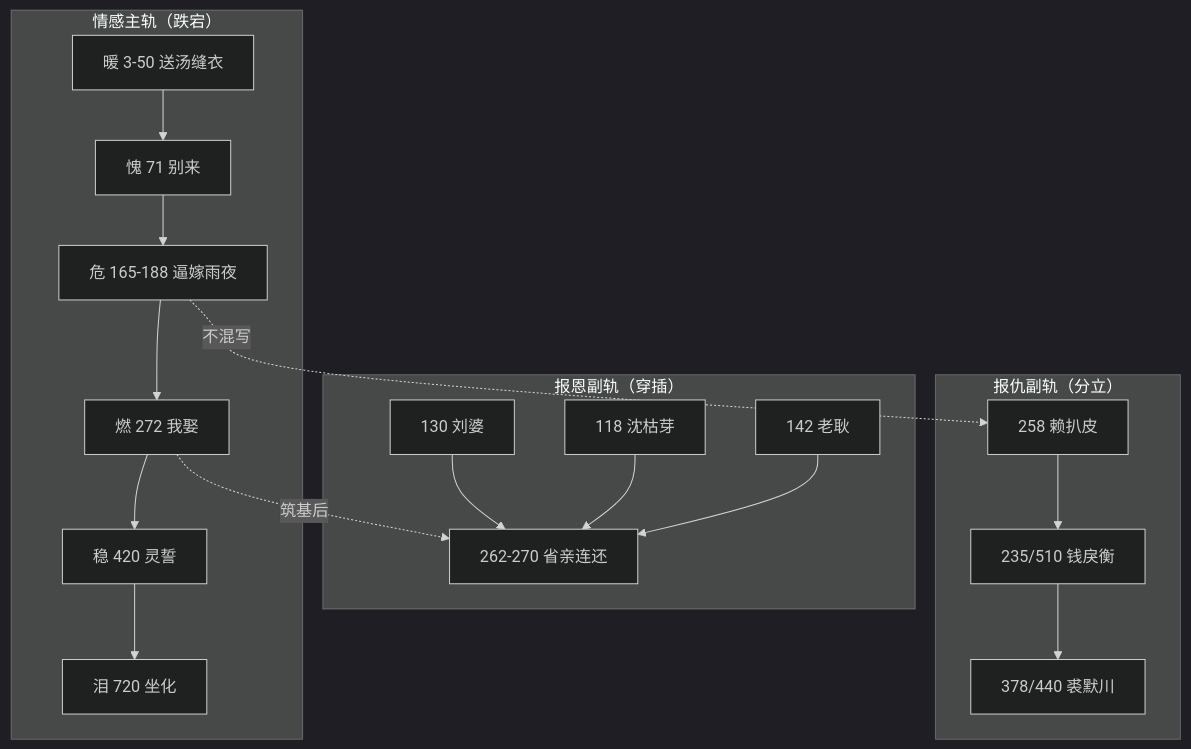
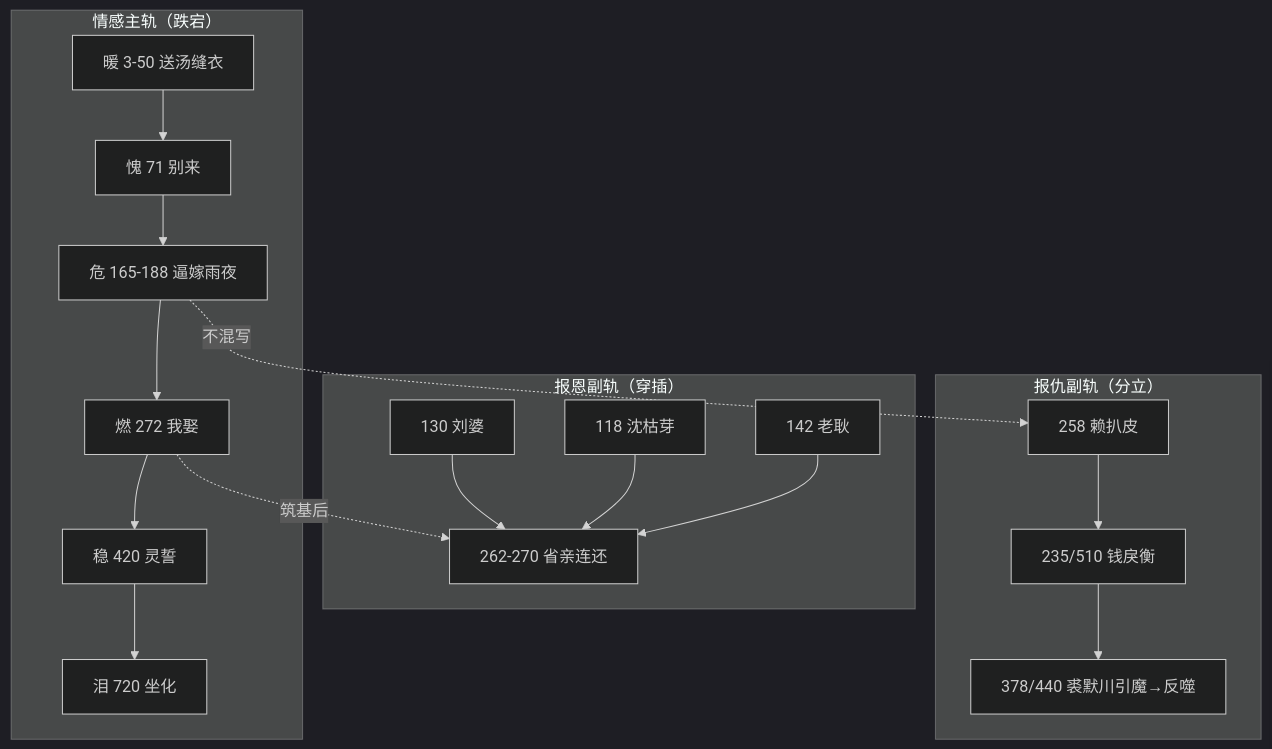
One commit to holyjing88/NovelProject changed the fifth of 8 diagrams in docs/凡骨丑翁逆天录/10-整体设计结构层次图.md. Above: the diagram before and after it, drawn with Mermaid (dark theme). The commit also changed 15 other files, not shown here.

````diff
--- a/docs/凡骨丑翁逆天录/10-整体设计结构层次图.md
+++ b/docs/凡骨丑翁逆天录/10-整体设计结构层次图.md
@@ -189,32 +189,32 @@
 ```mermaid
 flowchart TB
     subgraph 情感主轨["情感主轨（跌宕）"]
         E1["暖 3-50 送汤缝衣"]
         E2["愧 71 别来"]
         E3["危 165-188 逼嫁雨夜"]
         E4["燃 272 我娶"]
         E5["稳 420 灵誓"]
         E6["泪 720 坐化"]
         E1 --> E2 --> E3 --> E4 --> E5 --> E6
     end
 
     subgraph 报恩副轨["报恩副轨（穿插）"]
         B1["130 刘婆"]
         B2["118 沈枯芽"]
         B3["142 老耿"]
         B4["262-270 省亲连还"]
         B1 --> B4
         B2 --> B4
         B3 --> B4
     end
 
     subgraph 报仇副轨["报仇副轨（分立）"]
         C1["258 赖扒皮"]
         C2["235/510 钱戾衡"]
-        C3["378/440 裘默川"]
+        C3["378/440 裘默川引魔→反噬"]
         C1 --> C2 --> C3
     end
 
     E4 -.->|筑基后| B4
     E3 -.->|不混写| C1
 ```
````
